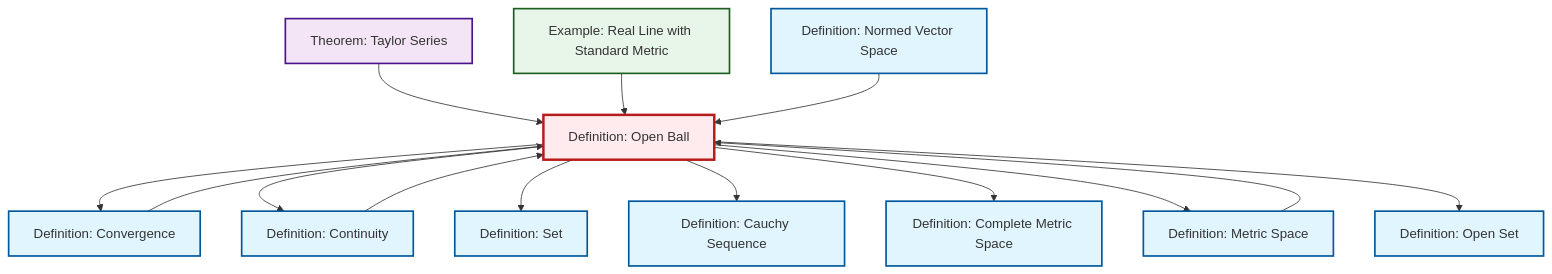
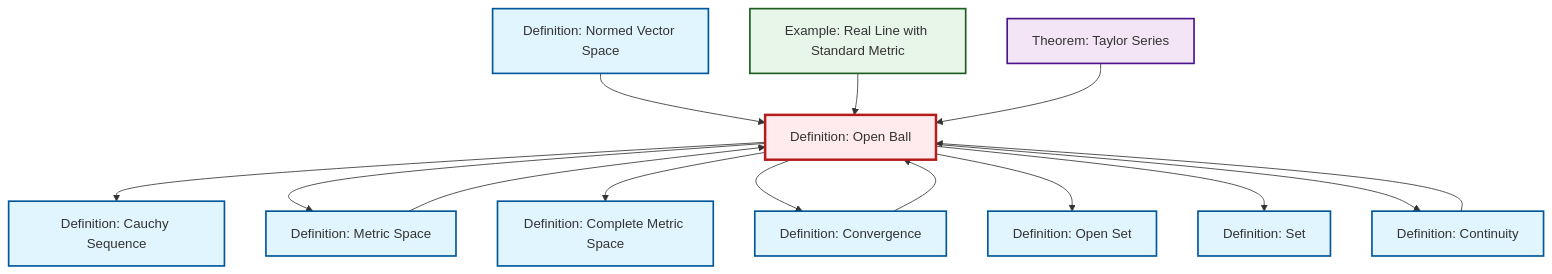
Before and after one commit to RK0429/ModernMath: the diagram in content/en/analysis/def-open-ball.qmd, drawn with Mermaid. The commit also changed other lines of this file and 1012 other files, not shown here.

````diff
--- a/content/en/analysis/def-open-ball.qmd
+++ b/content/en/analysis/def-open-ball.qmd
@@ -89,44 +89,44 @@
 ```{mermaid}
 %%| fig-cap: "Local dependency graph"
 graph TD
     classDef definition fill:#e1f5fe,stroke:#01579b,stroke-width:2px
     classDef theorem fill:#f3e5f5,stroke:#4a148c,stroke-width:2px
     classDef axiom fill:#fff3e0,stroke:#e65100,stroke-width:2px
     classDef example fill:#e8f5e9,stroke:#1b5e20,stroke-width:2px
     classDef current fill:#ffebee,stroke:#b71c1c,stroke-width:3px
+    def-cauchy-sequence["Definition: Cauchy Sequence"]:::definition
+    def-open-set["Definition: Open Set"]:::definition
     def-set["Definition: Set"]:::definition
+    def-open-ball["Definition: Open Ball"]:::definition
+    def-continuity["Definition: Continuity"]:::definition
+    def-metric-space["Definition: Metric Space"]:::definition
     ex-real-line-metric["Example: Real Line with Standard Metric"]:::example
-    def-cauchy-sequence["Definition: Cauchy Sequence"]:::definition
     def-convergence["Definition: Convergence"]:::definition
-    def-open-set["Definition: Open Set"]:::definition
     def-complete-metric-space["Definition: Complete Metric Space"]:::definition
-    def-metric-space["Definition: Metric Space"]:::definition
+    thm-taylor-series["Theorem: Taylor Series"]:::theorem
     def-normed-vector-space["Definition: Normed Vector Space"]:::definition
-    def-continuity["Definition: Continuity"]:::definition
-    def-open-ball["Definition: Open Ball"]:::definition
-    thm-taylor-series["Theorem: Taylor Series"]:::theorem
+    def-open-ball --> def-cauchy-sequence
+    def-convergence --> def-open-ball
+    def-normed-vector-space --> def-open-ball
+    def-open-ball --> def-metric-space
     def-continuity --> def-open-ball
+    ex-real-line-metric --> def-open-ball
+    def-open-ball --> def-complete-metric-space
     def-open-ball --> def-convergence
-    def-open-ball --> def-continuity
-    def-convergence --> def-open-ball
+    def-open-ball --> def-open-set
+    def-metric-space --> def-open-ball
     thm-taylor-series --> def-open-ball
     def-open-ball --> def-set
-    def-open-ball --> def-cauchy-sequence
-    ex-real-line-metric --> def-open-ball
-    def-open-ball --> def-complete-metric-space
-    def-metric-space --> def-open-ball
-    def-open-ball --> def-metric-space
-    def-open-ball --> def-open-set
-    def-normed-vector-space --> def-open-ball
+    def-open-ball --> def-continuity
     class def-open-ball current
+    click def-cauchy-sequence "def-cauchy-sequence.html" "Go to Cauchy Sequence definition"
+    click def-open-set "def-open-set.html" "Go to Open Set definition"
     click def-set "def-set.html" "Go to Set definition"
+    click def-continuity "def-continuity.html" "Go to Continuity definition"
+    click def-metric-space "def-metric-space.html" "Go to Metric Space definition"
     click ex-real-line-metric "ex-real-line-metric.html" "Go to Real Line with Standard Metric example"
-    click def-cauchy-sequence "def-cauchy-sequence.html" "Go to Cauchy Sequence definition"
     click def-convergence "def-convergence.html" "Go to Convergence definition"
-    click def-open-set "def-open-set.html" "Go to Open Set definition"
     click def-complete-metric-space "def-complete-metric-space.html" "Go to Complete Metric Space definition"
-    click def-metric-space "def-metric-space.html" "Go to Metric Space definition"
+    click thm-taylor-series "thm-taylor-series.html" "Go to Taylor Series theorem"
     click def-normed-vector-space "def-normed-vector-space.html" "Go to Normed Vector Space definition"
-    click def-continuity "def-continuity.html" "Go to Continuity definition"
-    click thm-taylor-series "thm-taylor-series.html" "Go to Taylor Series theorem"
 ```
````
